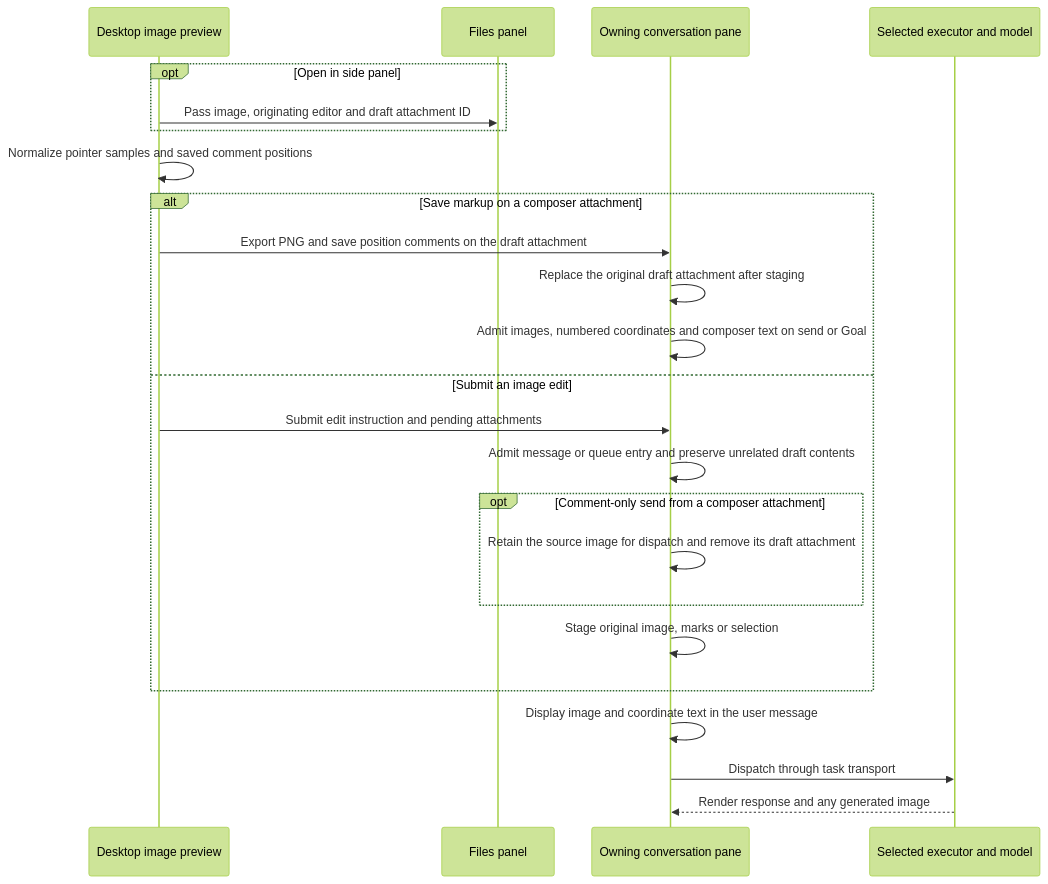
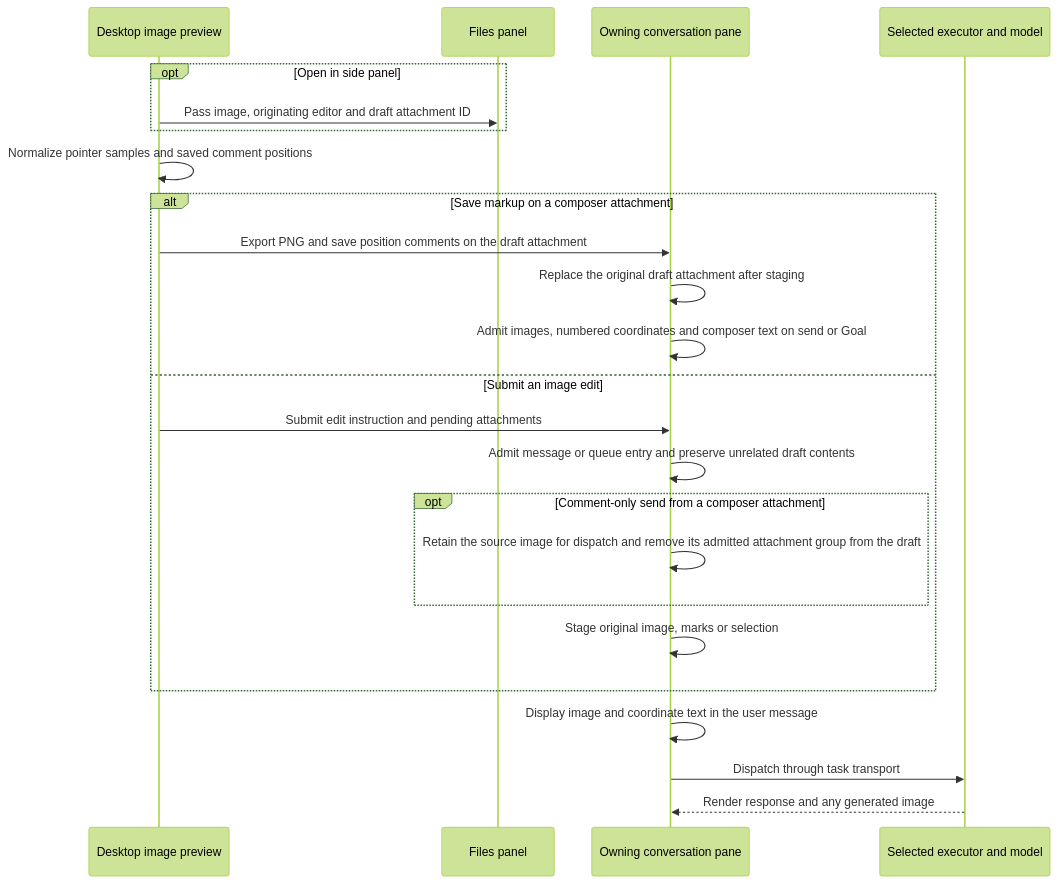
Before and after one commit to wecode-ai/Wegent: the second of 27 diagrams in wework/DESIGN.md, drawn with Mermaid (forest theme). The commit also changed 11 other files, not shown here.

Commit message:
fix(wework): retain image edit ownership and saved previews

````diff
--- a/wework/DESIGN.md
+++ b/wework/DESIGN.md
@@ -769,26 +769,26 @@
 ```mermaid
 sequenceDiagram
     participant Viewer as Desktop image preview
     participant Panel as Files panel
     participant Pane as Owning conversation pane
     participant Runtime as Selected executor and model
     opt Open in side panel
         Viewer->>Panel: Pass image, originating editor and draft attachment ID
     end
     Viewer->>Viewer: Normalize pointer samples and saved comment positions
     alt Save markup on a composer attachment
         Viewer->>Pane: Export PNG and save position comments on the draft attachment
         Pane->>Pane: Replace the original draft attachment after staging
         Pane->>Pane: Admit images, numbered coordinates and composer text on send or Goal
     else Submit an image edit
         Viewer->>Pane: Submit edit instruction and pending attachments
         Pane->>Pane: Admit message or queue entry and preserve unrelated draft contents
         opt Comment-only send from a composer attachment
-            Pane->>Pane: Retain the source image for dispatch and remove its draft attachment
+            Pane->>Pane: Retain the source image for dispatch and remove its admitted attachment group from the draft
         end
         Pane->>Pane: Stage original image, marks or selection
     end
     Pane->>Pane: Display image and coordinate text in the user message
     Pane->>Runtime: Dispatch through task transport
     Runtime-->>Pane: Render response and any generated image
 ```
````
